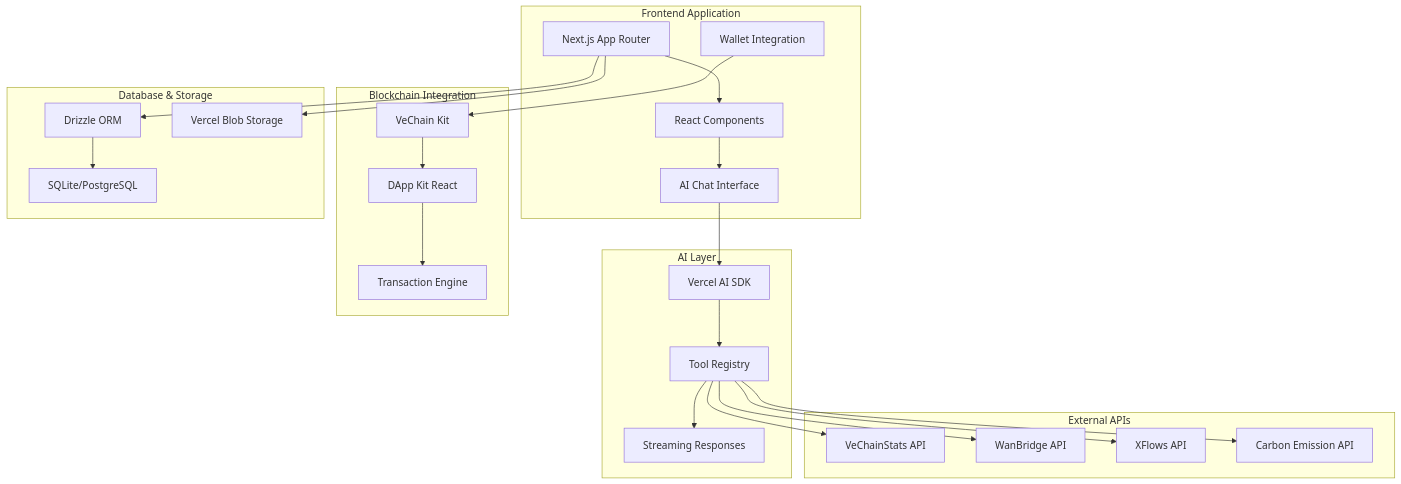
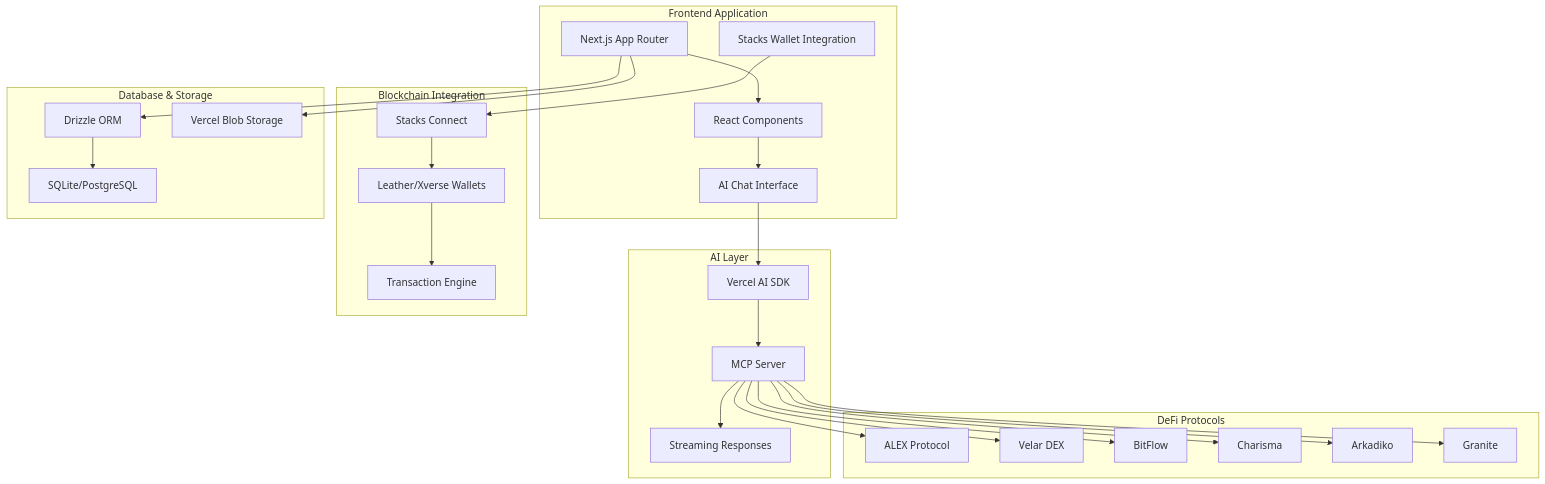
The diagram in README.md (Stack-AI-MCP/stacks-frontend), drawn with Mermaid before and after one commit. The commit also changed other lines of this file and 1 other file, not shown here.

First line of the commit message:
docs: update README for Stacks and fix wallet integration in multimodal-input

````diff
--- a/README.md
+++ b/README.md
@@ -27,52 +23,56 @@
 ```mermaid
 graph TB
     subgraph "Frontend Application"
         A[Next.js App Router]
         B[React Components]
         C[AI Chat Interface]
-        D[Wallet Integration]
+        D[Stacks Wallet Integration]
     end
-    
+
     subgraph "AI Layer"
         E[Vercel AI SDK]
-        F[Tool Registry]
+        F[MCP Server]
         G[Streaming Responses]
     end
-    
+
     subgraph "Blockchain Integration"
-        H[VeChain Kit]
-        I[DApp Kit React]
+        H[Stacks Connect]
+        I[Leather/Xverse Wallets]
         J[Transaction Engine]
     end
-    
-    subgraph "External APIs"
-        K[VeChainStats API]
-        L[WanBridge API]
-        M[XFlows API]
-        N[Carbon Emission API]
+
+    subgraph "DeFi Protocols"
+        K[ALEX Protocol]
+        L[Velar DEX]
+        M[BitFlow]
+        N[Charisma]
+        O[Arkadiko]
+        P[Granite]
     end
-    
+
     subgraph "Database & Storage"
-        O[Drizzle ORM]
-        P[SQLite/PostgreSQL]
-        Q[Vercel Blob Storage]
+        Q[Drizzle ORM]
+        R[SQLite/PostgreSQL]
+        S[Vercel Blob Storage]
     end
-    
+
     A --> B
     B --> C
     C --> E
     E --> F
     F --> G
     D --> H
     H --> I
     I --> J
-    
+
     F --> K
     F --> L
     F --> M
     F --> N
-    
-    A --> O
-    O --> P
+    F --> O
+    F --> P
+
     A --> Q
+    Q --> R
+    A --> S
 ```
````
